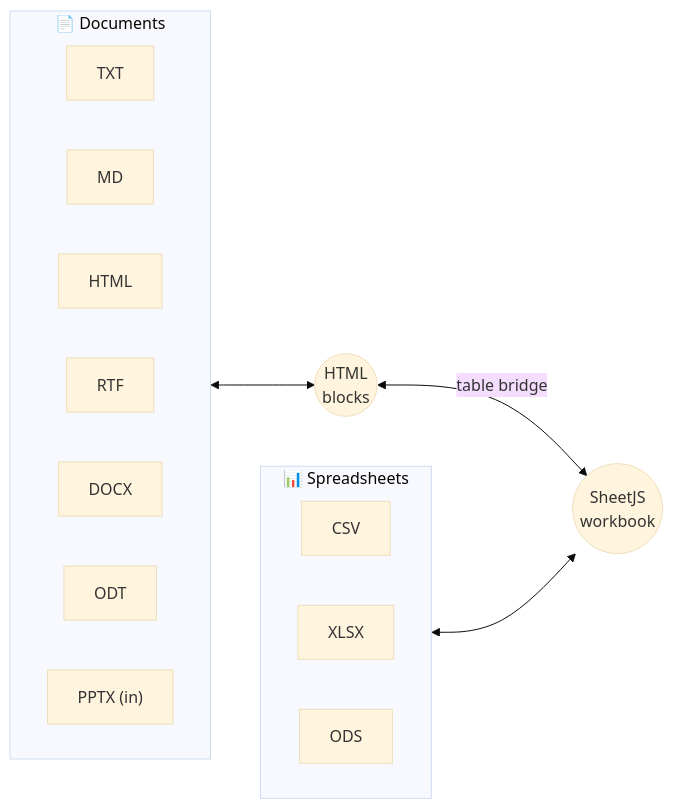
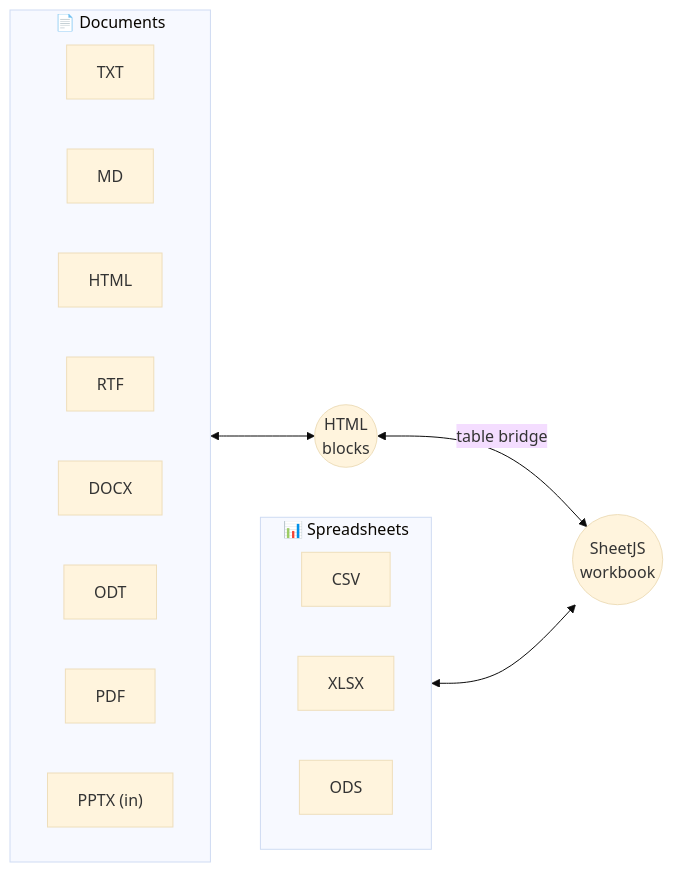
Before and after one commit to Premchand006/ProxiPixel: the fourth of 4 diagrams in README.md, drawn with Mermaid (base theme). The commit also changed other lines of this file and 54 other files, not shown here.

````diff
--- a/README.md
+++ b/README.md
@@ -152,15 +153,15 @@
 ```mermaid
 flowchart LR
     subgraph DOCS["📄 Documents"]
         direction LR
-        TXT["TXT"]; MD["MD"]; HTML["HTML"]; RTF["RTF"]; DOCX["DOCX"]; ODT["ODT"]; PPTX["PPTX (in)"]
+        TXT["TXT"]; MD["MD"]; HTML["HTML"]; RTF["RTF"]; DOCX["DOCX"]; ODT["ODT"]; PDF["PDF"]; PPTX["PPTX (in)"]
     end
     subgraph SHEETS["📊 Spreadsheets"]
         direction LR
         CSV["CSV"]; XLSX["XLSX"]; ODS["ODS"]
     end
 
     DOCS <--> H1(("HTML<br/>blocks"))
     SHEETS <--> H2(("SheetJS<br/>workbook"))
     H1 <-->|"table bridge"| H2
 ```
````
